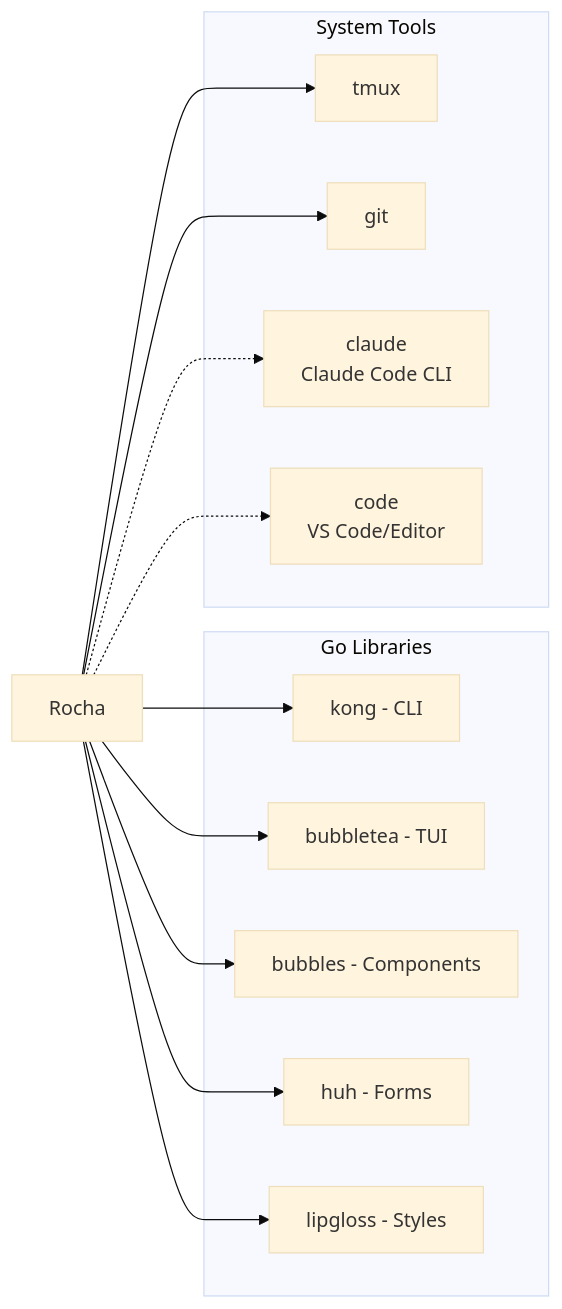
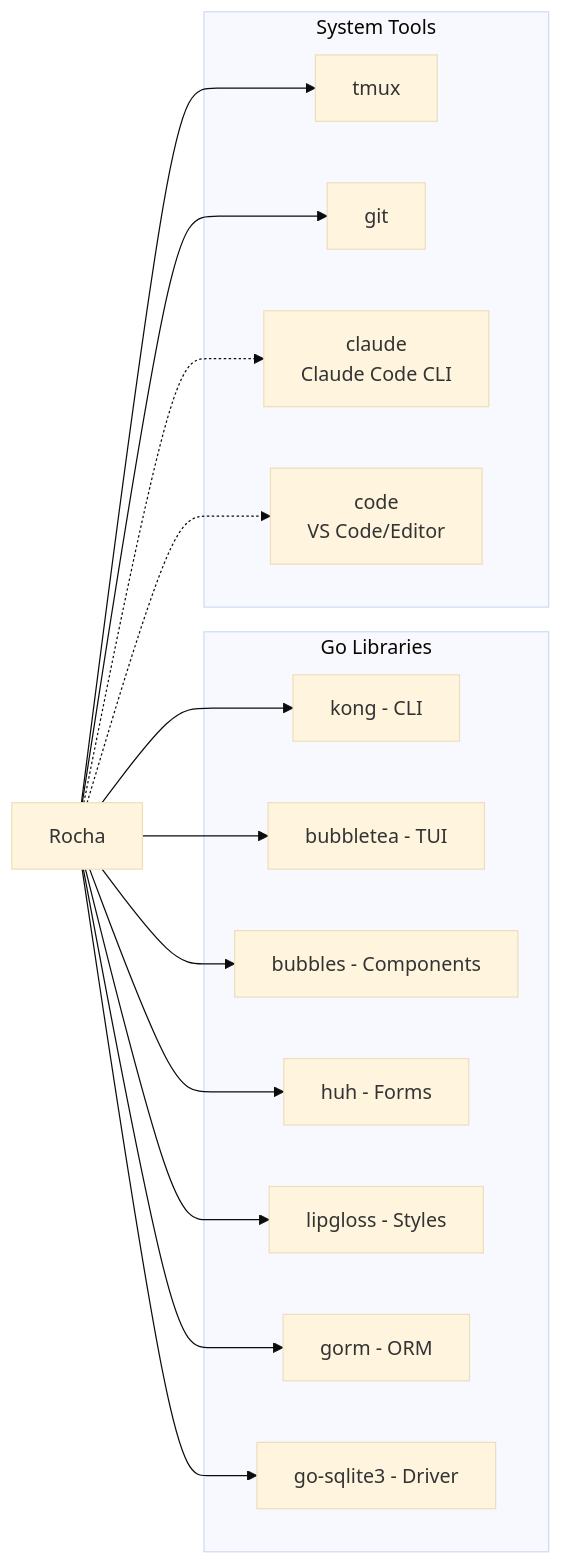
Before and after one commit to renato0307/rocha: the sixth of 6 diagrams in ARCHITECTURE.md, drawn with Mermaid (base theme). The commit also changed other lines of this file, not shown here.

First line of the commit message:
docs: update ARCHITECTURE.md for storage layer and status feature

````diff
--- a/ARCHITECTURE.md
+++ b/ARCHITECTURE.md
@@ -299,27 +376,31 @@
 ```mermaid
 graph LR
     subgraph "Go Libraries"
         KONG[kong - CLI]
         BT[bubbletea - TUI]
         BUBBLES[bubbles - Components]
         HUH[huh - Forms]
         LG[lipgloss - Styles]
+        GORM[gorm - ORM]
+        SQLITE[go-sqlite3 - Driver]
     end
 
     subgraph "System Tools"
         TMUX[tmux]
         GIT[git]
         CLAUDE[claude<br/>Claude Code CLI]
         CODE[code<br/>VS Code/Editor]
     end
 
     APP[Rocha] --> KONG
     APP --> BT
     APP --> BUBBLES
     APP --> HUH
     APP --> LG
+    APP --> GORM
+    APP --> SQLITE
     APP --> TMUX
     APP --> GIT
     APP -.-> CLAUDE
     APP -.-> CODE
 ```
````
